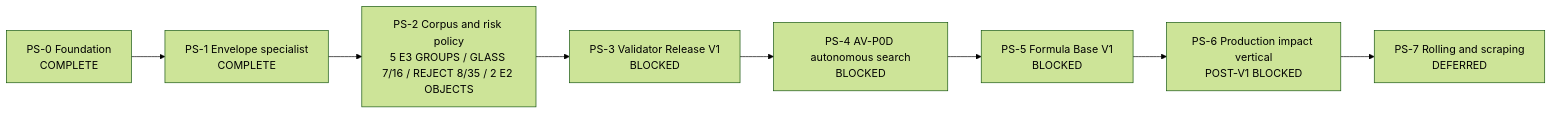
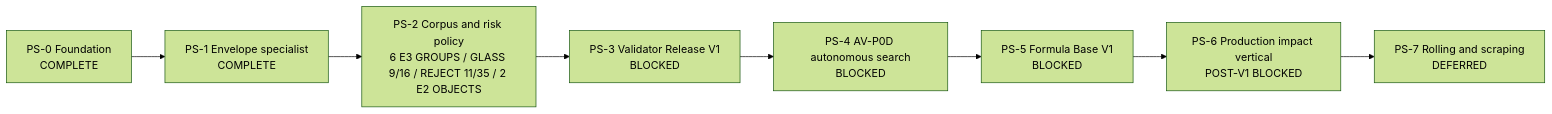
The diagram in docs/plans/physical-sound-synthesis-roadmap.md (kaifaty/NextEngine), drawn with Mermaid (forest theme) before and after one commit. The commit also changed other lines of this file and 11 other files, not shown here.

````diff
--- a/docs/plans/physical-sound-synthesis-roadmap.md
+++ b/docs/plans/physical-sound-synthesis-roadmap.md
@@ -94,10 +94,10 @@
 ```mermaid
 flowchart LR
     PS0["PS-0 Foundation<br/>COMPLETE"] --> PS1["PS-1 Envelope specialist<br/>COMPLETE"]
-    PS1 --> PS2["PS-2 Corpus and risk policy<br/>5 E3 GROUPS / GLASS 7/16 / REJECT 8/35 / 2 E2 OBJECTS"]
+    PS1 --> PS2["PS-2 Corpus and risk policy<br/>6 E3 GROUPS / GLASS 9/16 / REJECT 11/35 / 2 E2 OBJECTS"]
     PS2 --> PS3["PS-3 Validator Release V1<br/>BLOCKED"]
     PS3 --> PS4["PS-4 AV-P0D autonomous search<br/>BLOCKED"]
     PS4 --> PS5["PS-5 Formula Base V1<br/>BLOCKED"]
     PS5 --> PS6["PS-6 Production impact vertical<br/>POST-V1 BLOCKED"]
     PS6 --> PS7["PS-7 Rolling and scraping<br/>DEFERRED"]
 ```
````
